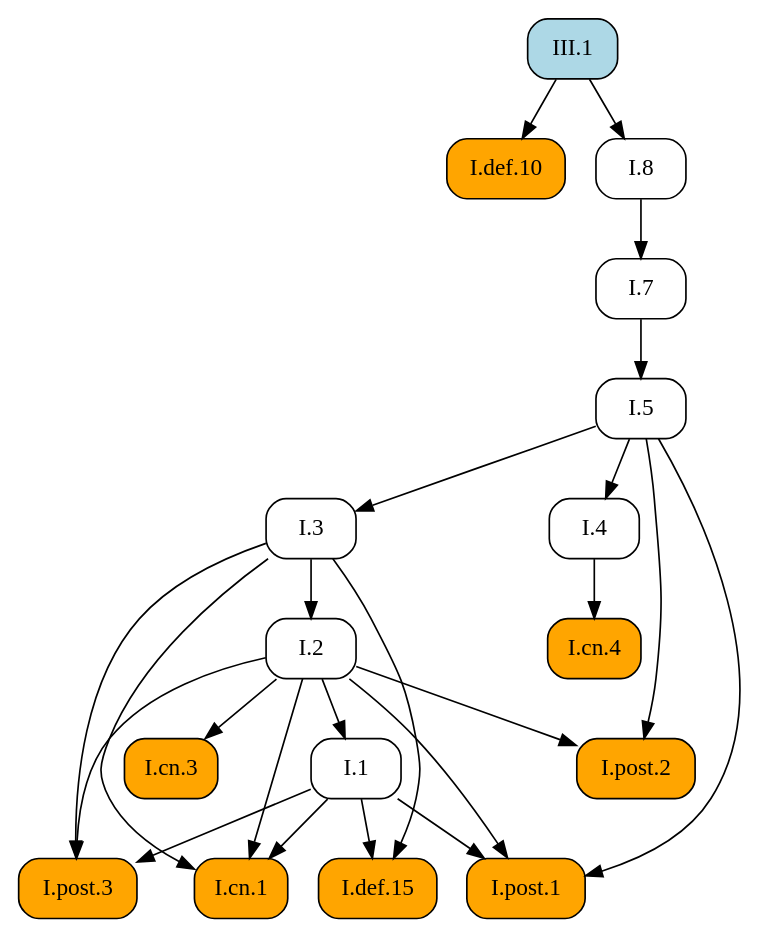
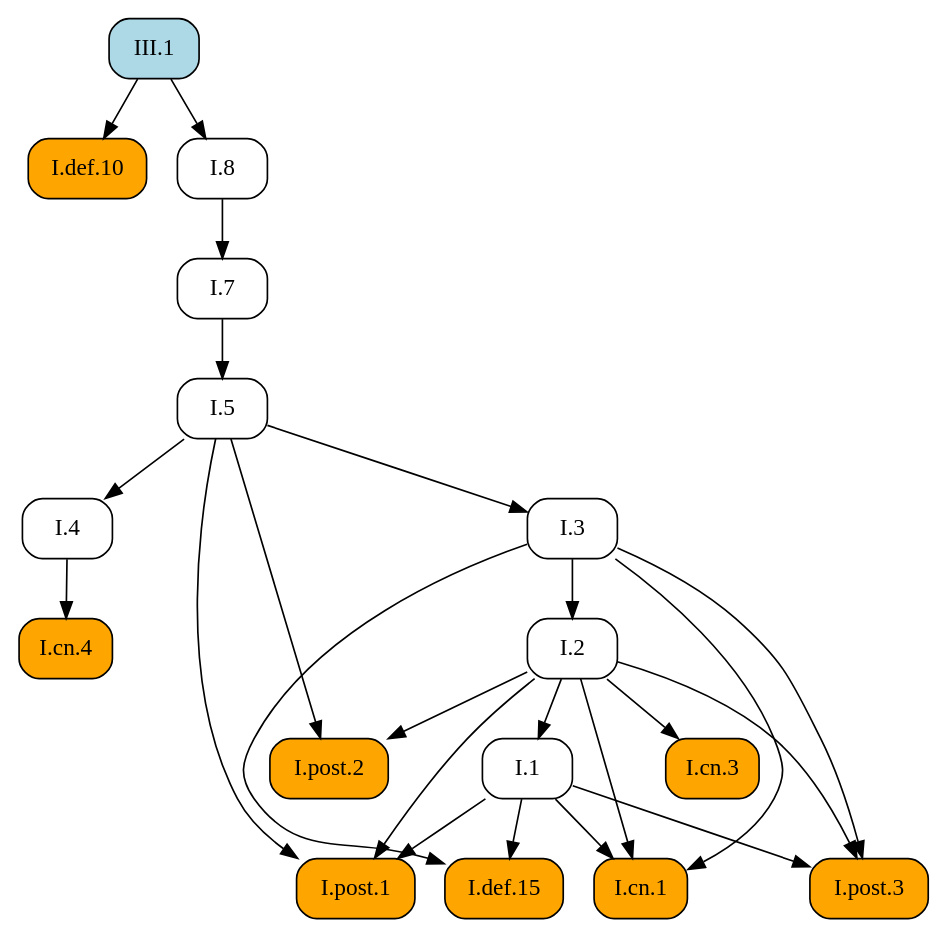
The diagram in docsrc/heath/III/1/index.rst (geometor/elements), drawn with Graphviz before and after one commit. The commit also changed other lines of this file and 484 other files, not shown here.

```diff
--- a/docsrc/heath/III/1/index.rst
+++ b/docsrc/heath/III/1/index.rst
@@ -98,45 +102,45 @@
 .. graphviz::
 
    digraph {
      rankdir="TB";
      node [shape=box, style=rounded];
      "I.def.10" [style="rounded,filled", fillcolor=orange, URL="/heath/I/def.10/", target="_top"];
+     "I.cn.1" [style="rounded,filled", fillcolor=orange, URL="/heath/I/cn.1/", target="_top"];
+     "I.7" [URL="/heath/I/7/", target="_top"];
+     "I.2" [URL="/heath/I/2/", target="_top"];
      "I.def.15" [style="rounded,filled", fillcolor=orange, URL="/heath/I/def.15/", target="_top"];
-     "I.post.3" [style="rounded,filled", fillcolor=orange, URL="/heath/I/post.3/", target="_top"];
-     "I.1" [URL="/heath/I/1/", target="_top"];
-     "I.7" [URL="/heath/I/7/", target="_top"];
-     "I.cn.1" [style="rounded,filled", fillcolor=orange, URL="/heath/I/cn.1/", target="_top"];
-     "I.3" [URL="/heath/I/3/", target="_top"];
-     "I.cn.3" [style="rounded,filled", fillcolor=orange, URL="/heath/I/cn.3/", target="_top"];
-     "I.8" [URL="/heath/I/8/", target="_top"];
-     "III.1" [style="rounded,filled", fillcolor=lightblue, URL="/heath/III/1/", target="_top"];
-     "I.2" [URL="/heath/I/2/", target="_top"];
      "I.4" [URL="/heath/I/4/", target="_top"];
      "I.cn.4" [style="rounded,filled", fillcolor=orange, URL="/heath/I/cn.4/", target="_top"];
+     "I.1" [URL="/heath/I/1/", target="_top"];
+     "I.5" [URL="/heath/I/5/", target="_top"];
      "I.post.1" [style="rounded,filled", fillcolor=orange, URL="/heath/I/post.1/", target="_top"];
+     "I.8" [URL="/heath/I/8/", target="_top"];
      "I.post.2" [style="rounded,filled", fillcolor=orange, URL="/heath/I/post.2/", target="_top"];
-     "I.5" [URL="/heath/I/5/", target="_top"];
+     "I.post.3" [style="rounded,filled", fillcolor=orange, URL="/heath/I/post.3/", target="_top"];
+     "III.1" [style="rounded,filled", fillcolor=lightblue, URL="/heath/III/1/", target="_top"];
+     "I.cn.3" [style="rounded,filled", fillcolor=orange, URL="/heath/I/cn.3/", target="_top"];
+     "I.3" [URL="/heath/I/3/", target="_top"];
      "III.1" -> "I.def.10";
+     "I.1" -> "I.cn.1";
+     "I.2" -> "I.cn.1";
+     "I.3" -> "I.cn.1";
+     "I.8" -> "I.7";
+     "I.3" -> "I.2";
      "I.1" -> "I.def.15";
      "I.3" -> "I.def.15";
+     "I.5" -> "I.4";
+     "I.4" -> "I.cn.4";
+     "I.2" -> "I.1";
+     "I.7" -> "I.5";
+     "I.1" -> "I.post.1";
+     "I.2" -> "I.post.1";
+     "I.5" -> "I.post.1";
+     "III.1" -> "I.8";
+     "I.2" -> "I.post.2";
+     "I.5" -> "I.post.2";
      "I.1" -> "I.post.3";
      "I.2" -> "I.post.3";
      "I.3" -> "I.post.3";
-     "I.2" -> "I.1";
-     "I.8" -> "I.7";
-     "I.1" -> "I.cn.1";
-     "I.2" -> "I.cn.1";
-     "I.3" -> "I.cn.1";
+     "I.2" -> "I.cn.3";
      "I.5" -> "I.3";
-     "I.2" -> "I.cn.3";
-     "III.1" -> "I.8";
-     "I.3" -> "I.2";
-     "I.5" -> "I.4";
-     "I.4" -> "I.cn.4";
-     "I.1" -> "I.post.1";
-     "I.2" -> "I.post.1";
-     "I.5" -> "I.post.1";
-     "I.2" -> "I.post.2";
-     "I.5" -> "I.post.2";
-     "I.7" -> "I.5";
    }
```
